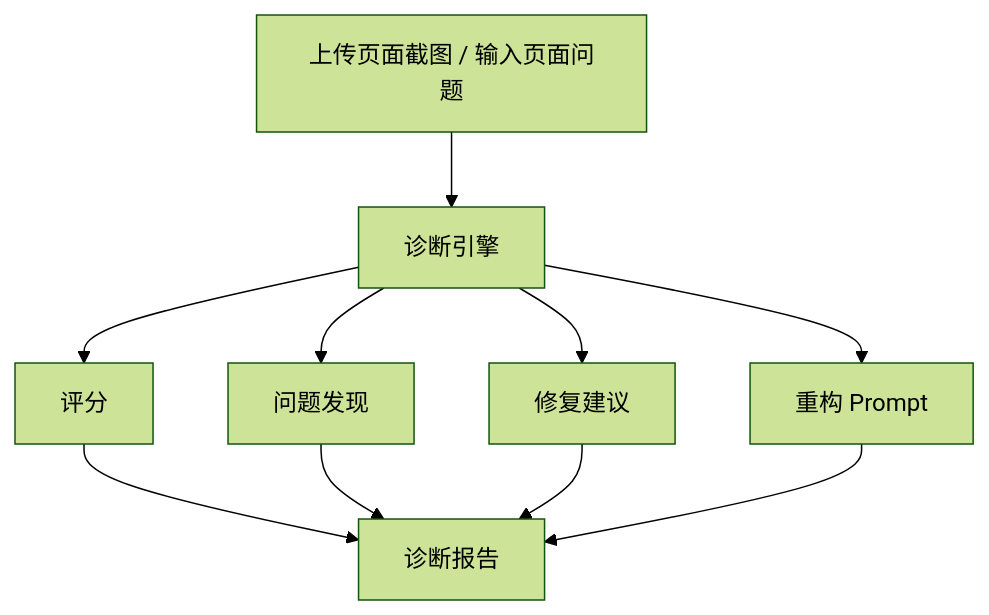
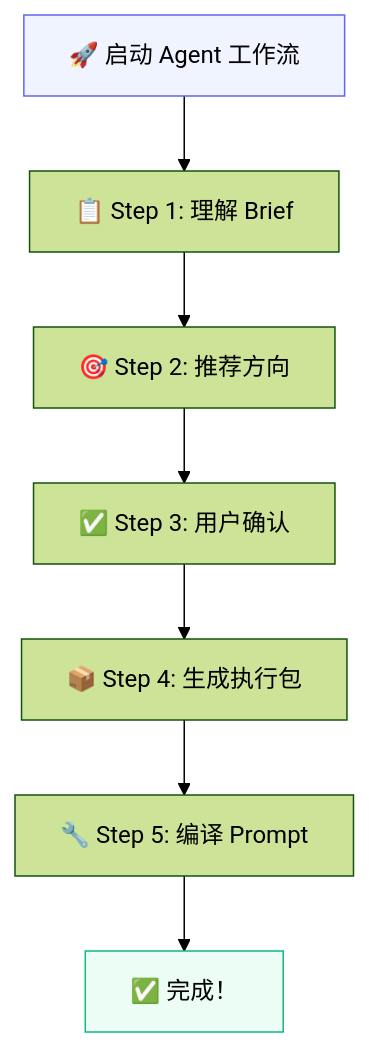
The seventh of 17 diagrams in README.md (liuanye9-lab/vibe-design-translator), drawn with Mermaid (forest theme) before and after one commit. The commit also changed other lines of this file, not shown here.

````diff
--- a/README.md
+++ b/README.md
@@ -297,12 +163,12 @@
 ```mermaid
-flowchart TD
-    A[上传页面截图 / 输入页面问题] --> B[诊断引擎]
-    B --> C[评分]
-    B --> D[问题发现]
-    B --> E[修复建议]
-    B --> F[重构 Prompt]
-    C --> G[诊断报告]
-    D --> G
-    E --> G
-    F --> G
+graph TD
+    A["🚀 启动 Agent 工作流"] --> B["📋 Step 1: 理解 Brief"]
+    B --> C["🎯 Step 2: 推荐方向"]
+    C --> D["✅ Step 3: 用户确认"]
+    D --> E["📦 Step 4: 生成执行包"]
+    E --> F["🔧 Step 5: 编译 Prompt"]
+    F --> G["✅ 完成！"]
+    
+    style A fill:#f0f4ff,stroke:#6366f1
+    style G fill:#ecfdf5,stroke:#10b981
 ```
````
